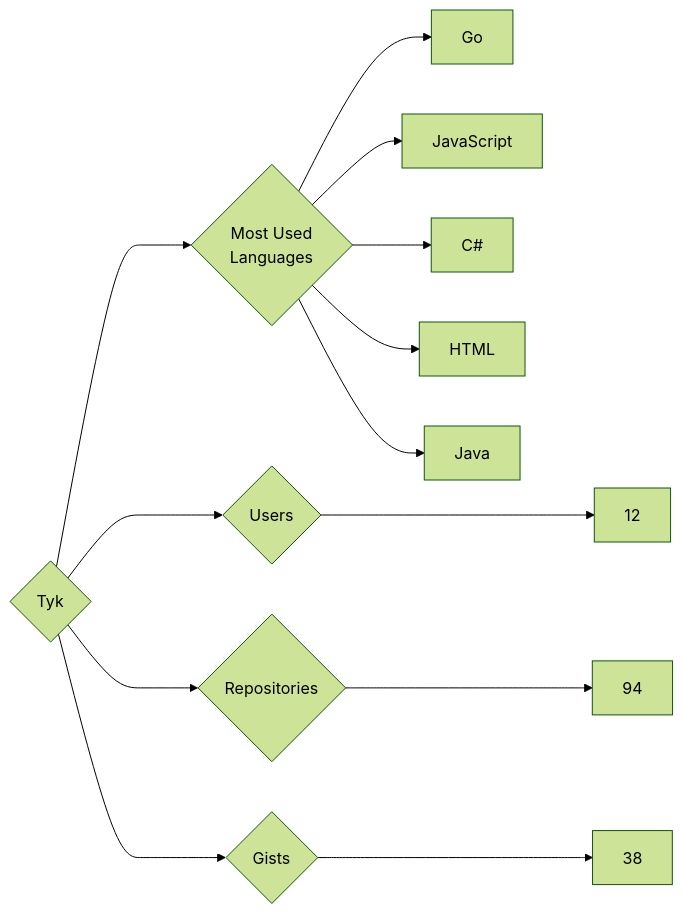
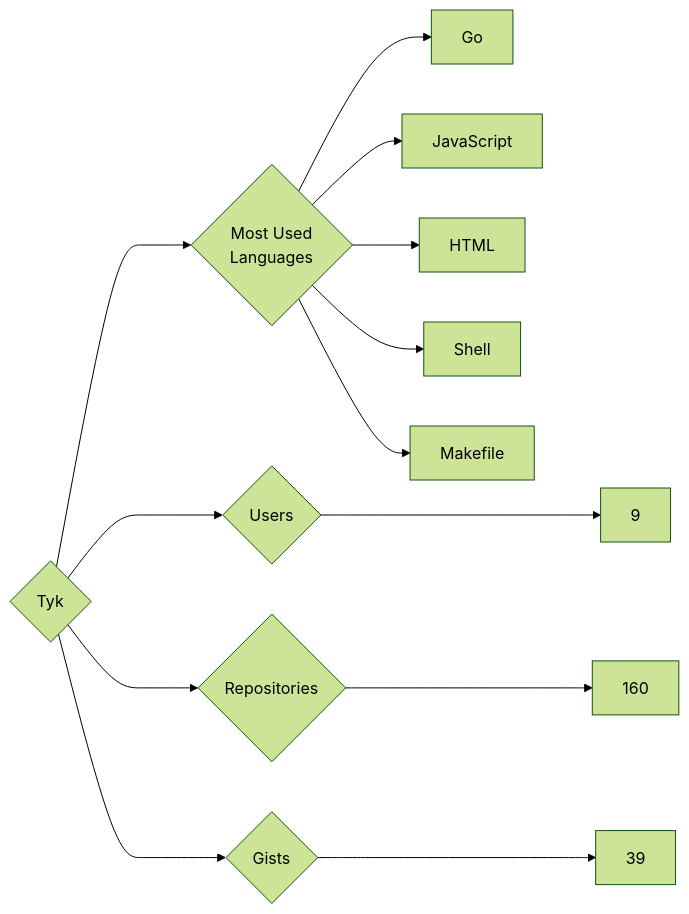
The diagram in targets/Tyk/README.md (trickest/insiders), drawn with Mermaid (forest theme) before and after one commit. The commit also changed 765 other files, not shown here.

````diff
--- a/targets/Tyk/README.md
+++ b/targets/Tyk/README.md
@@ -3,13 +3,13 @@
 ```mermaid
 graph LR
 COMPANY_NAME{Tyk}
-COMPANY_NAME ---> U{Users} ---> UN[12]
-COMPANY_NAME ---> R{Repositories} ---> RN[94]
-COMPANY_NAME ---> G{Gists} ---> GN[38]
+COMPANY_NAME ---> U{Users} ---> UN[9]
+COMPANY_NAME ---> R{Repositories} ---> RN[160]
+COMPANY_NAME ---> G{Gists} ---> GN[39]
 COMPANY_NAME ---> ML{Most Used<br>Languages}
 ML --> Go[Go]
 ML --> JavaScript[JavaScript]
-ML --> C#[C#]
 ML --> HTML[HTML]
-ML --> Java[Java]
+ML --> Shell[Shell]
+ML --> Makefile[Makefile]
 ```
````
